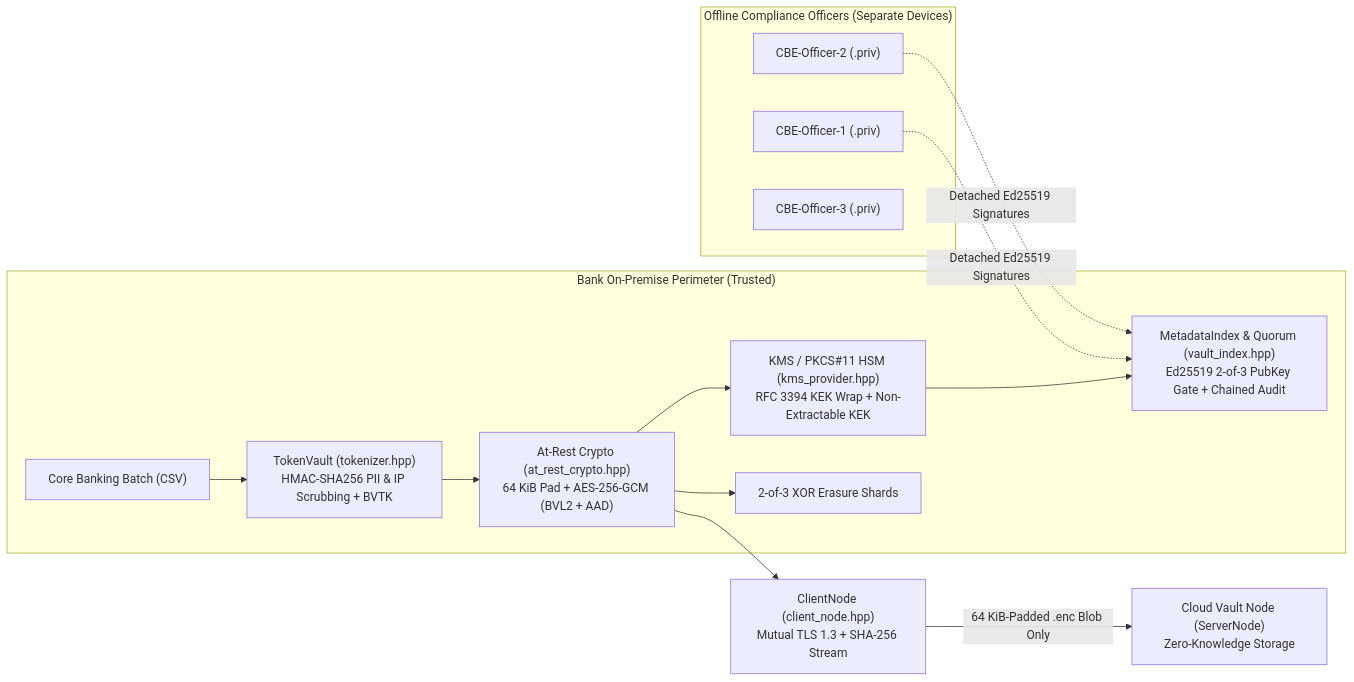
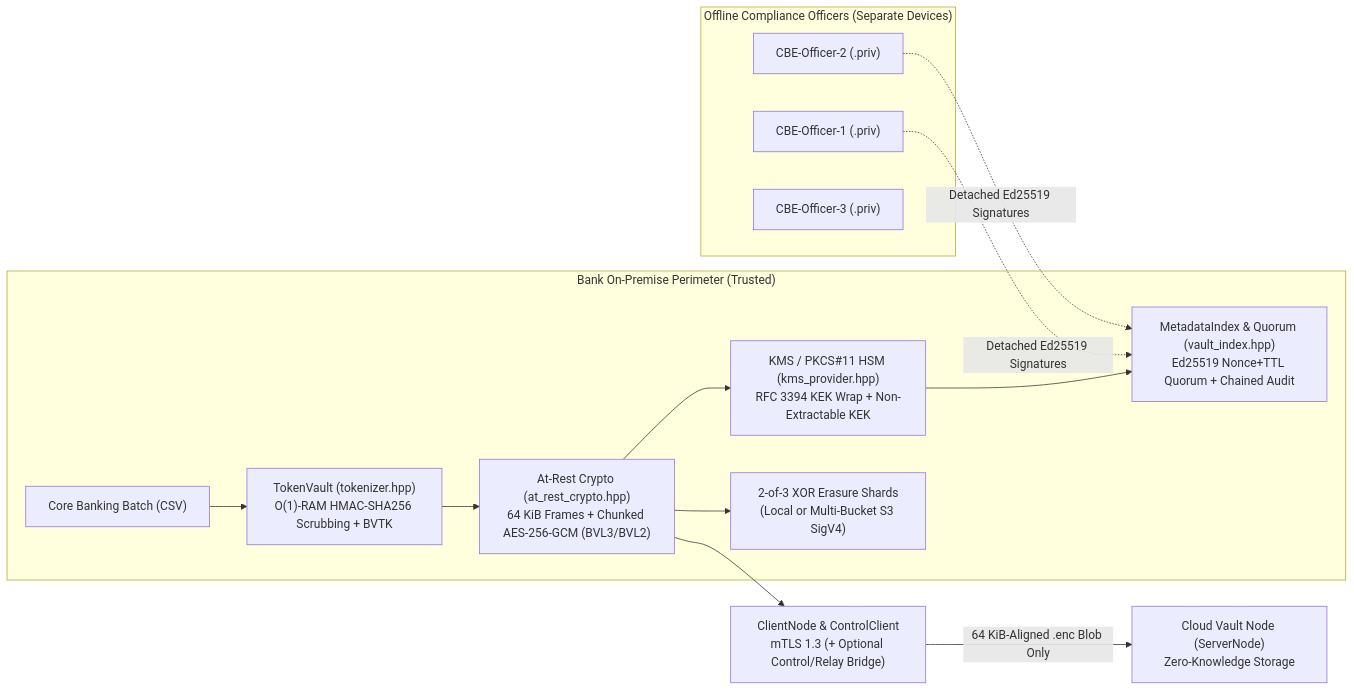
Before and after one commit to OmarAhmedTHE25th/BlindVault: the diagram in README.md, drawn with Mermaid. The commit also changed other lines of this file and 40 other files, not shown here.

First line of the commit message:
feat(v3): streaming BVL3 AEAD, S3 erasure shards, SoftHSMv2 CI, and control-plane mTLS relay

````diff
--- a/README.md
+++ b/README.md
@@ -27,20 +28,20 @@
 ```mermaid
 flowchart LR
     subgraph Officers["Offline Compliance Officers (Separate Devices)"]
         O1["CBE-Officer-1 (.priv)"]
         O2["CBE-Officer-2 (.priv)"]
         O3["CBE-Officer-3 (.priv)"]
     end
 
     subgraph Bank["Bank On-Premise Perimeter (Trusted)"]
-        Core["Core Banking Batch (CSV)"] --> Tok["TokenVault (tokenizer.hpp)<br/>HMAC-SHA256 PII & IP Scrubbing + BVTK"]
-        Tok --> Enc["At-Rest Crypto (at_rest_crypto.hpp)<br/>64 KiB Pad + AES-256-GCM (BVL2 + AAD)"]
+        Core["Core Banking Batch (CSV)"] --> Tok["TokenVault (tokenizer.hpp)<br/>O(1)-RAM HMAC-SHA256 Scrubbing + BVTK"]
+        Tok --> Enc["At-Rest Crypto (at_rest_crypto.hpp)<br/>64 KiB Frames + Chunked AES-256-GCM (BVL3/BVL2)"]
         Enc --> KMS["KMS / PKCS#11 HSM (kms_provider.hpp)<br/>RFC 3394 KEK Wrap + Non-Extractable KEK"]
-        KMS --> Idx["MetadataIndex & Quorum (vault_index.hpp)<br/>Ed25519 2-of-3 PubKey Gate + Chained Audit"]
-        Enc --> Shards["2-of-3 XOR Erasure Shards"]
+        KMS --> Idx["MetadataIndex & Quorum (vault_index.hpp)<br/>Ed25519 Nonce+TTL Quorum + Chained Audit"]
+        Enc --> Shards["2-of-3 XOR Erasure Shards<br/>(Local or Multi-Bucket S3 SigV4)"]
     end
 
     O1 & O2 -.->|"Detached Ed25519 Signatures"| Idx
-    Enc --> Client["ClientNode (client_node.hpp)<br/>Mutual TLS 1.3 + SHA-256 Stream"]
-    Client -->|"64 KiB-Padded .enc Blob Only"| Cloud["Cloud Vault Node (ServerNode)<br/>Zero-Knowledge Storage"]
+    Enc --> Client["ClientNode & ControlClient<br/>mTLS 1.3 (+ Optional Control/Relay Bridge)"]
+    Client -->|"64 KiB-Aligned .enc Blob Only"| Cloud["Cloud Vault Node (ServerNode)<br/>Zero-Knowledge Storage"]
 ```
````
